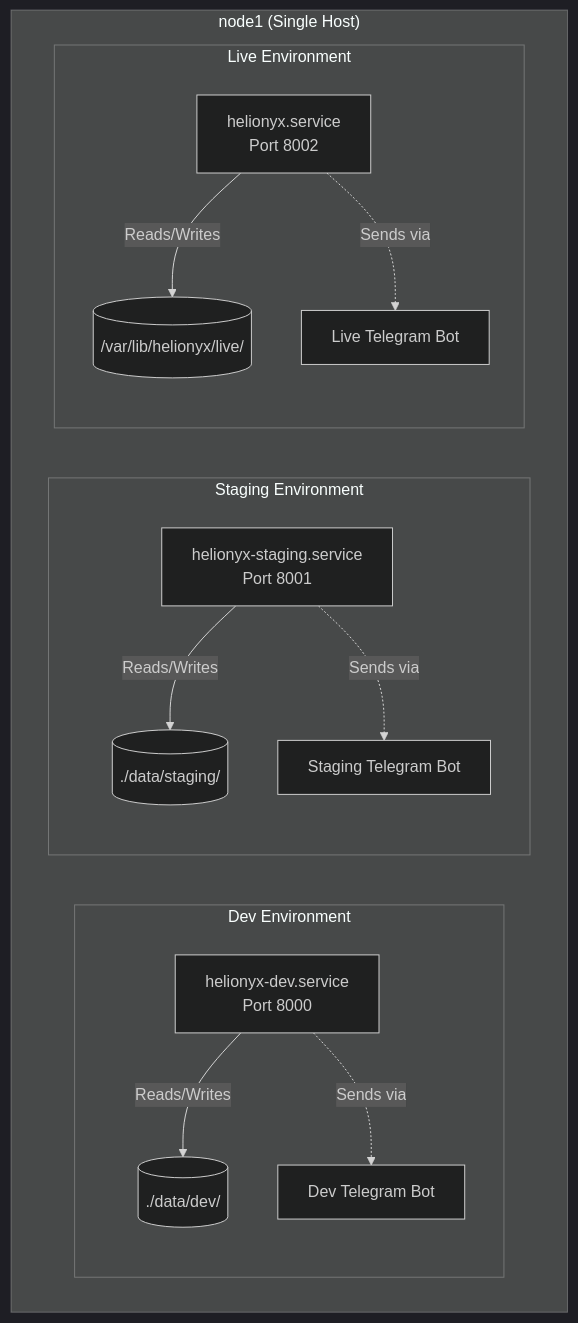
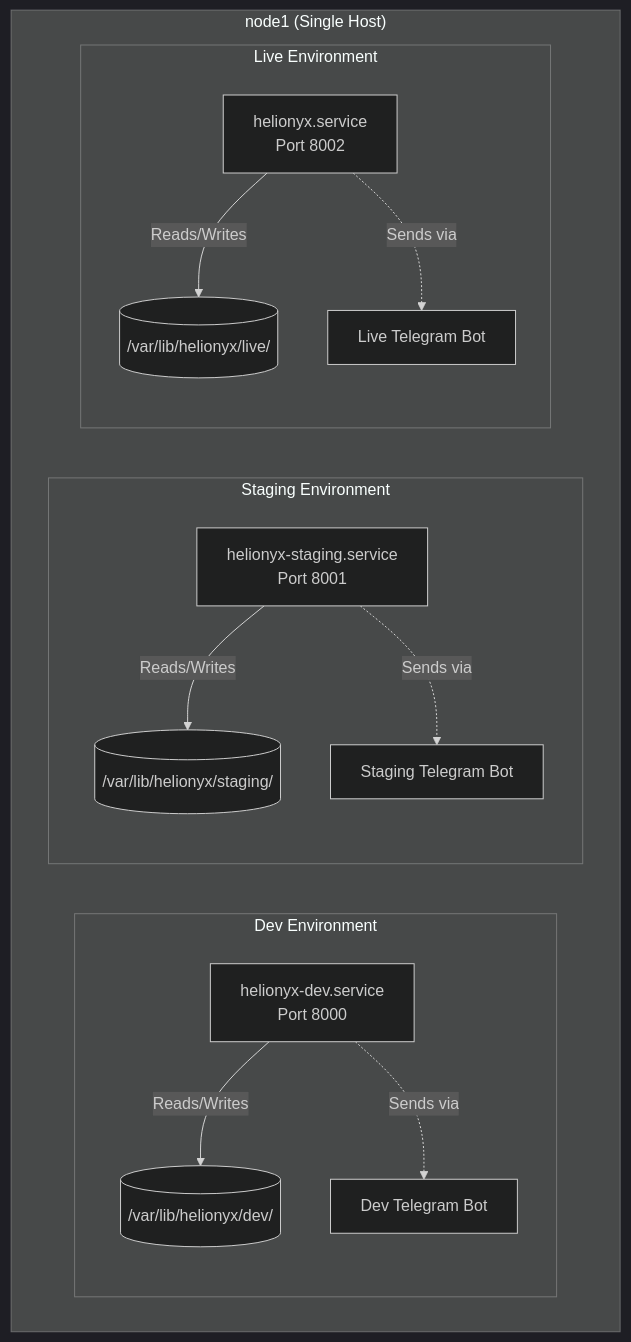
The second of 9 diagrams in docs/ARCHITECTURE.md (rattling/helio-mono), drawn with Mermaid (dark theme) before and after one commit. The commit also changed other lines of this file and 10 other files, not shown here.

First line of the commit message:
BUGFIX: normalize env/docs for encrypted /var/lib/helionyx (#68)

````diff
--- a/docs/ARCHITECTURE.md
+++ b/docs/ARCHITECTURE.md
@@ -105,30 +105,30 @@
 ```mermaid
 graph TB
     subgraph "node1 (Single Host)"
         subgraph "Dev Environment"
             DEV_SVC[helionyx-dev.service<br/>Port 8000]
-            DEV_DATA[(./data/dev/)]
+            DEV_DATA[(/var/lib/helionyx/dev/)]
             DEV_BOT[Dev Telegram Bot]
         end
         
         subgraph "Staging Environment"
             STG_SVC[helionyx-staging.service<br/>Port 8001]
-            STG_DATA[(./data/staging/)]
+            STG_DATA[(/var/lib/helionyx/staging/)]
             STG_BOT[Staging Telegram Bot]
         end
         
         subgraph "Live Environment"
             LIVE_SVC[helionyx.service<br/>Port 8002]
             LIVE_DATA[(/var/lib/helionyx/live/)]
             LIVE_BOT[Live Telegram Bot]
         end
     end
     
     DEV_SVC -->|Reads/Writes| DEV_DATA
     STG_SVC -->|Reads/Writes| STG_DATA
     LIVE_SVC -->|Reads/Writes| LIVE_DATA
     
     DEV_SVC -.->|Sends via| DEV_BOT
     STG_SVC -.->|Sends via| STG_BOT
     LIVE_SVC -.->|Sends via| LIVE_BOT
 ```
````
